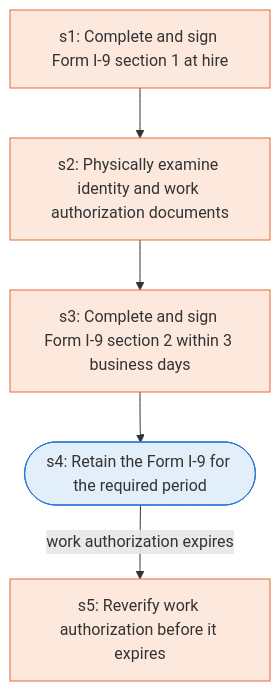
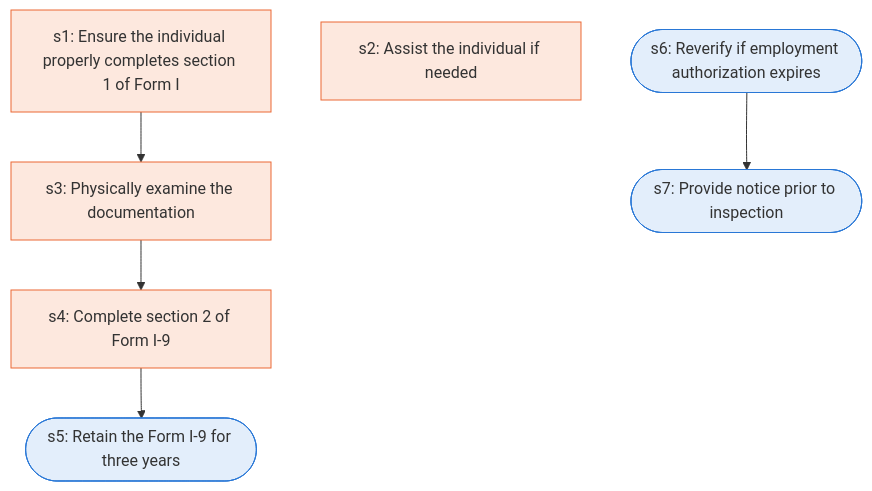
Before and after one commit to Jitesh-Mishra/sop-to-agent-workflows: the diagram in docs/runbooks/onb_form_i9_verification.md, drawn with Mermaid. The commit also changed other lines of this file and 172 other files, not shown here.

````diff
--- a/docs/runbooks/onb_form_i9_verification.md
+++ b/docs/runbooks/onb_form_i9_verification.md
@@ -7,16 +7,18 @@
 ```mermaid
 flowchart TD
-  s1["s1: Complete and sign Form I-9 section 1 at hire"]
-  s2["s2: Physically examine identity and work authorization documents"]
-  s3["s3: Complete and sign Form I-9 section 2 within 3 business days"]
-  s4(["s4: Retain the Form I-9 for the required period"])
-  s5["s5: Reverify work authorization before it expires"]
-  s1 --> s2
-  s2 --> s3
+  s1["s1: Ensure the individual properly completes section 1 of Form I"]
+  s2["s2: Assist the individual if needed"]
+  s3["s3: Physically examine the documentation"]
+  s4["s4: Complete section 2 of Form I-9"]
+  s5(["s5: Retain the Form I-9 for three years"])
+  s6(["s6: Reverify if employment authorization expires"])
+  s7(["s7: Provide notice prior to inspection"])
+  s1 --> s3
   s3 --> s4
-  s4 -->|work authorization expires| s5
+  s4 --> s5
+  s6 --> s7
   classDef agent fill:#e3eefb,stroke:#2a78d6
   classDef human fill:#fde8de,stroke:#eb6834
-  class s4 agent
-  class s1,s2,s3,s5 human
+  class s5,s6,s7 agent
+  class s1,s2,s3,s4 human
 ```
````
